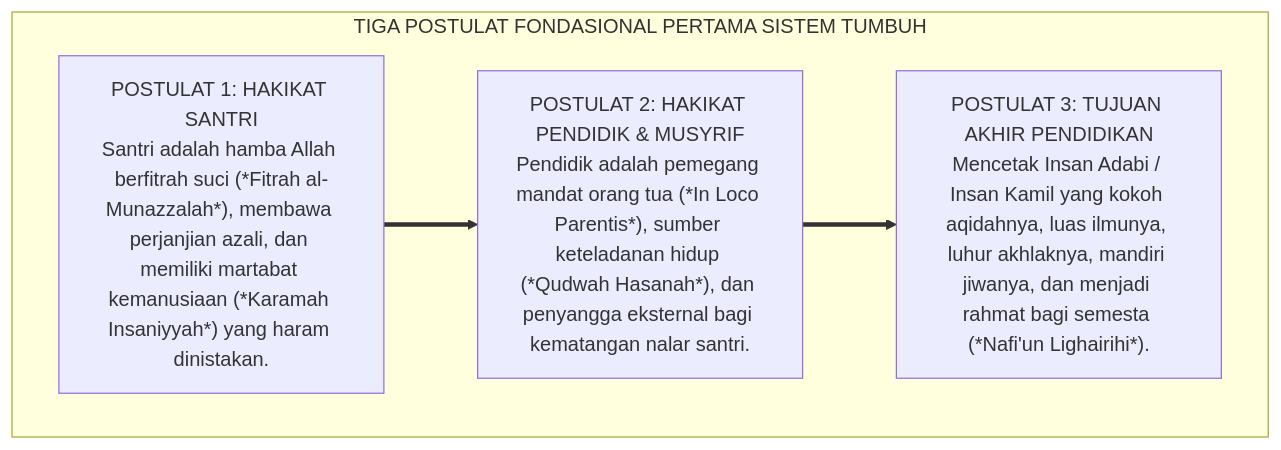
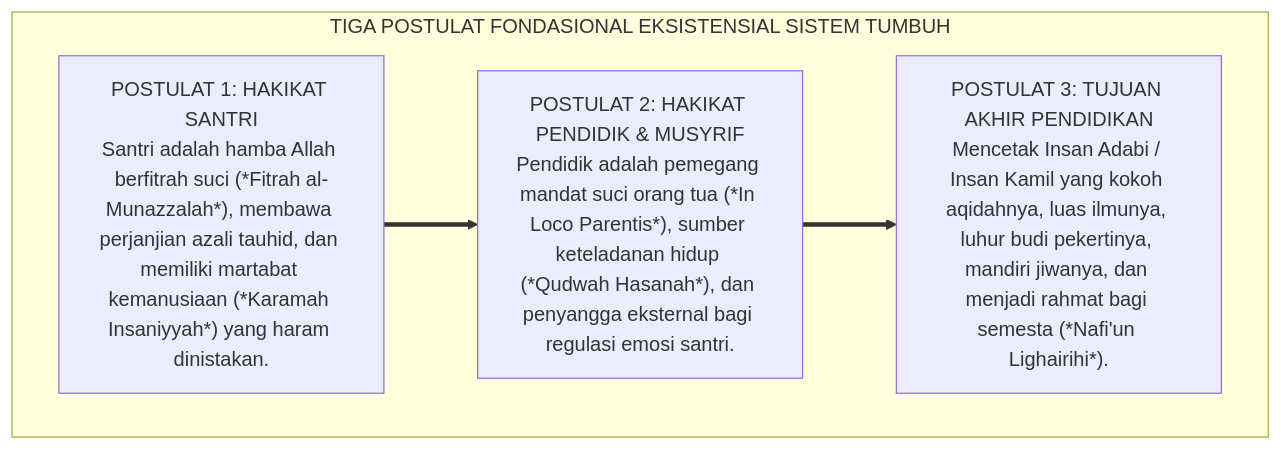
Before and after one commit to wandiapriliyandi/tumbuh: the first of 3 diagrams in BOOK-SERIES/Volume-01/Bab-05-Sepuluh-Jawaban-Filosofis-Ekosistem-TUMBUH/01-Postulat-1-sd-3-Hakikat-Santri-Pendidik-Tujuan.md, drawn with Mermaid. The commit also changed other lines of this file and 24 other files, not shown here.

Commit message:
feat(book-01): perkaya dan perdalam seluruh isi subbab bab 02 s.d. 07 dengan elaborasi komprehensif, analisis mendalam, dan diagram alur lengkap

````diff
--- a/BOOK-SERIES/Volume-01/Bab-05-Sepuluh-Jawaban-Filosofis-Ekosistem-TUMBUH/01-Postulat-1-sd-3-Hakikat-Santri-Pendidik-Tujuan.md
+++ b/BOOK-SERIES/Volume-01/Bab-05-Sepuluh-Jawaban-Filosofis-Ekosistem-TUMBUH/01-Postulat-1-sd-3-Hakikat-Santri-Pendidik-Tujuan.md
@@ -20,12 +22,12 @@
 ```mermaid
 graph TD
-    subgraph TigaBatuPertama["TIGA POSTULAT FONDASIONAL PERTAMA SISTEM TUMBUH"]
-        P1["POSTULAT 1: HAKIKAT SANTRI<br/>Santri adalah hamba Allah berfitrah suci (*Fitrah al-Munazzalah*), membawa perjanjian azali, dan memiliki martabat kemanusiaan (*Karamah Insaniyyah*) yang haram dinistakan."]
+    subgraph TigaBatuPertama["TIGA POSTULAT FONDASIONAL EKSISTENSIAL SISTEM TUMBUH"]
+        P1["POSTULAT 1: HAKIKAT SANTRI<br/>Santri adalah hamba Allah berfitrah suci (*Fitrah al-Munazzalah*), membawa perjanjian azali tauhid, dan memiliki martabat kemanusiaan (*Karamah Insaniyyah*) yang haram dinistakan."]
         
-        P2["POSTULAT 2: HAKIKAT PENDIDIK & MUSYRIF<br/>Pendidik adalah pemegang mandat orang tua (*In Loco Parentis*), sumber keteladanan hidup (*Qudwah Hasanah*), dan penyangga eksternal bagi kematangan nalar santri."]
+        P2["POSTULAT 2: HAKIKAT PENDIDIK & MUSYRIF<br/>Pendidik adalah pemegang mandat suci orang tua (*In Loco Parentis*), sumber keteladanan hidup (*Qudwah Hasanah*), dan penyangga eksternal bagi regulasi emosi santri."]
         
-        P3["POSTULAT 3: TUJUAN AKHIR PENDIDIKAN<br/>Mencetak Insan Adabi / Insan Kamil yang kokoh aqidahnya, luas ilmunya, luhur akhlaknya, mandiri jiwanya, dan menjadi rahmat bagi semesta (*Nafi'un Lighairihi*)."]
+        P3["POSTULAT 3: TUJUAN AKHIR PENDIDIKAN<br/>Mencetak Insan Adabi / Insan Kamil yang kokoh aqidahnya, luas ilmunya, luhur budi pekertinya, mandiri jiwanya, dan menjadi rahmat bagi semesta (*Nafi'un Lighairihi*)."]
         
         P1 ==> P2 ==> P3
     end
 ```
````
